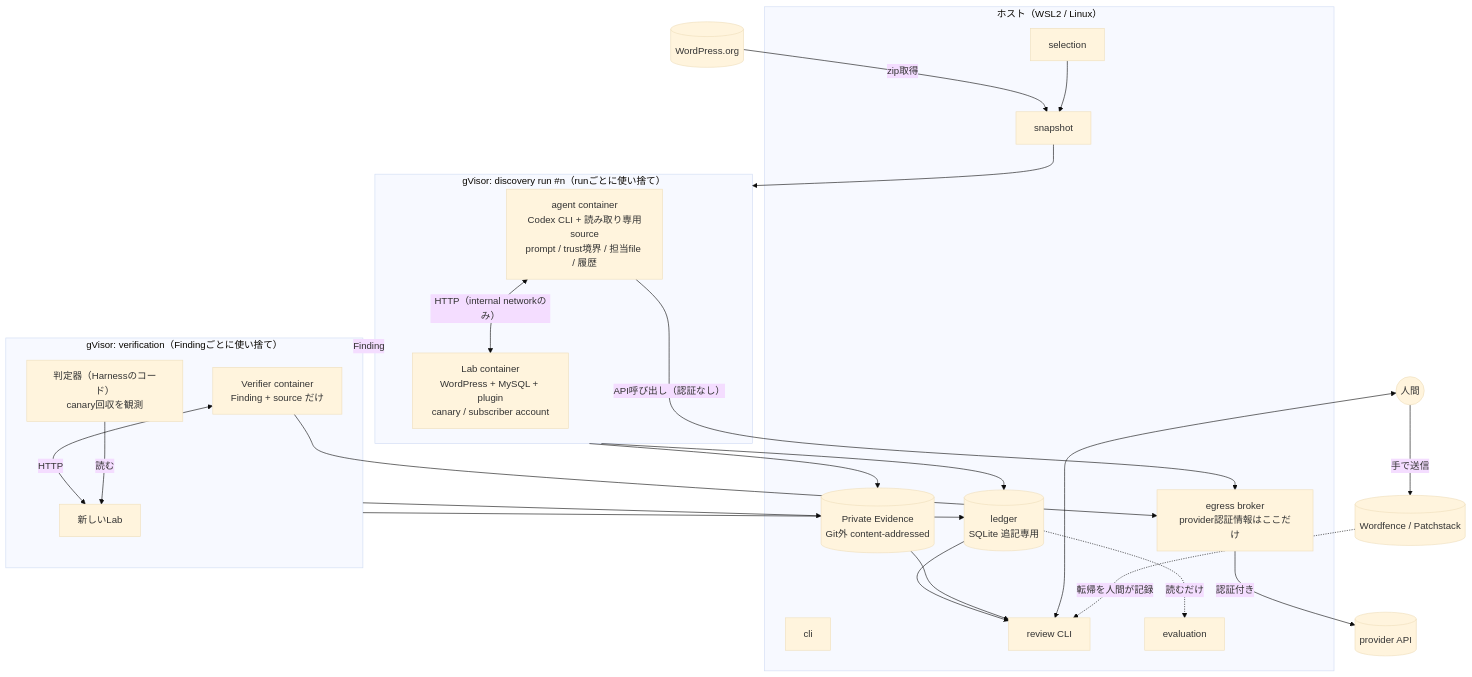
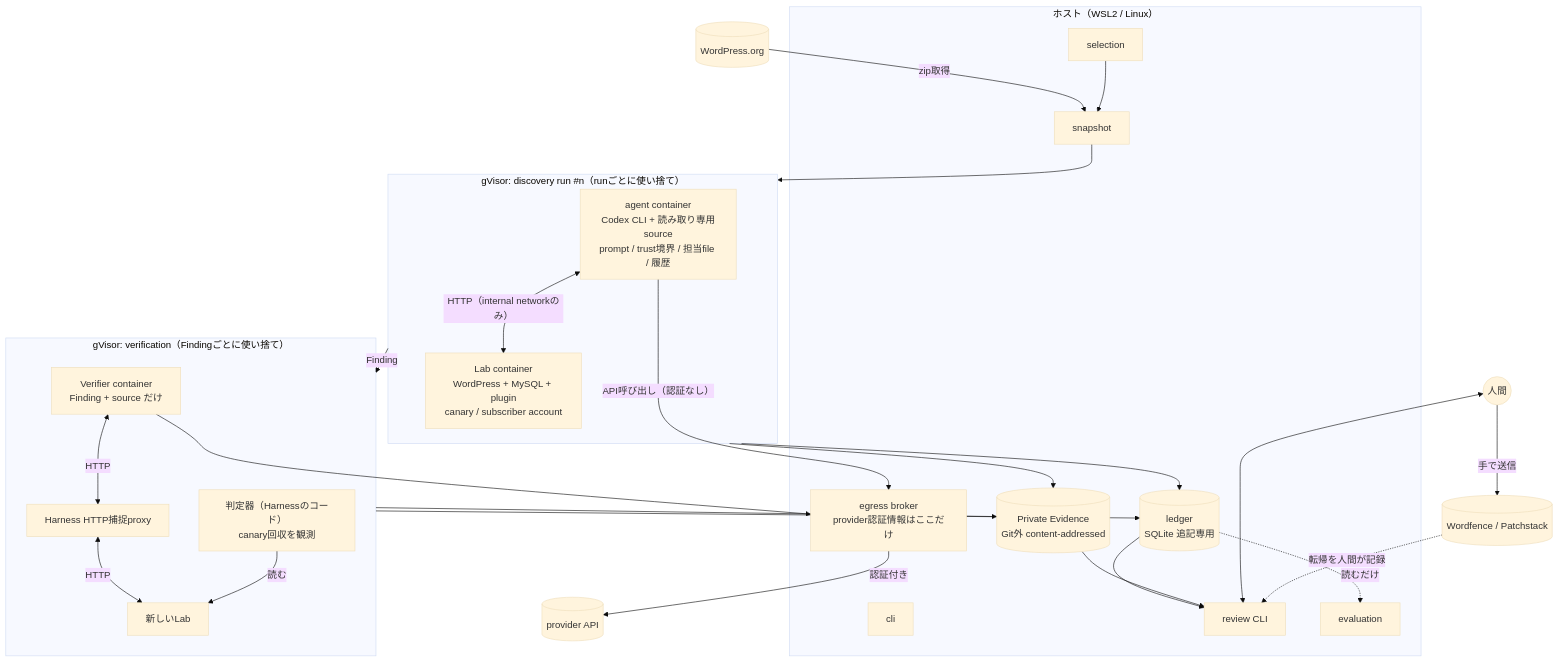
The first of 7 diagrams in docs/ARCHITECTURE.md (momoponwork1415-lgtm/wordpress-bounty-harness), drawn with Mermaid (base theme) before and after one commit. The commit also changed other lines of this file and 12 other files, not shown here.

````diff
--- a/docs/ARCHITECTURE.md
+++ b/docs/ARCHITECTURE.md
@@ -7,40 +7,41 @@
 ```mermaid
 flowchart TB
   subgraph HOST[ホスト（WSL2 / Linux）]
     CLI[cli]
     SEL[selection]
     SNAP[snapshot]
     LED[(ledger<br/>SQLite 追記専用)]
     PE[(Private Evidence<br/>Git外 content-addressed)]
     BRK[egress broker<br/>provider認証情報はここだけ]
     REV[review CLI]
     EVAL[evaluation]
   end
   subgraph RUN1[gVisor: discovery run #n（runごとに使い捨て）]
     AG1[agent container<br/>Codex CLI + 読み取り専用source<br/>prompt / trust境界 / 担当file / 履歴]
     LAB1[Lab container<br/>WordPress + MySQL + plugin<br/>canary / subscriber account]
     AG1 <-->|HTTP（internal networkのみ）| LAB1
   end
   subgraph RUN2[gVisor: verification（Findingごとに使い捨て）]
     VER[Verifier container<br/>Finding + source だけ]
     LAB2[新しいLab]
     JUDGE[判定器（Harnessのコード）<br/>canary回収を観測]
-    VER <-->|HTTP| LAB2
+    VER <-->|HTTP| PROXY[Harness HTTP捕捉proxy]
+    PROXY <-->|HTTP| LAB2
     JUDGE -->|読む| LAB2
   end
   WPORG[(WordPress.org)] -->|zip取得| SNAP
   SEL --> SNAP --> RUN1
   AG1 -->|API呼び出し（認証なし）| BRK -->|認証付き| OAI[(provider API)]
   VER --> BRK
   RUN1 -->|Finding| RUN2
   RUN1 --> LED
   RUN2 --> LED
   RUN1 --> PE
   RUN2 --> PE
   LED --> REV
   PE --> REV
   LED -.読むだけ.-> EVAL
   HUMAN((人間)) <--> REV
   HUMAN -->|手で送信| PROG[(Wordfence / Patchstack)]
   PROG -.転帰を人間が記録.-> REV
 ```
````
